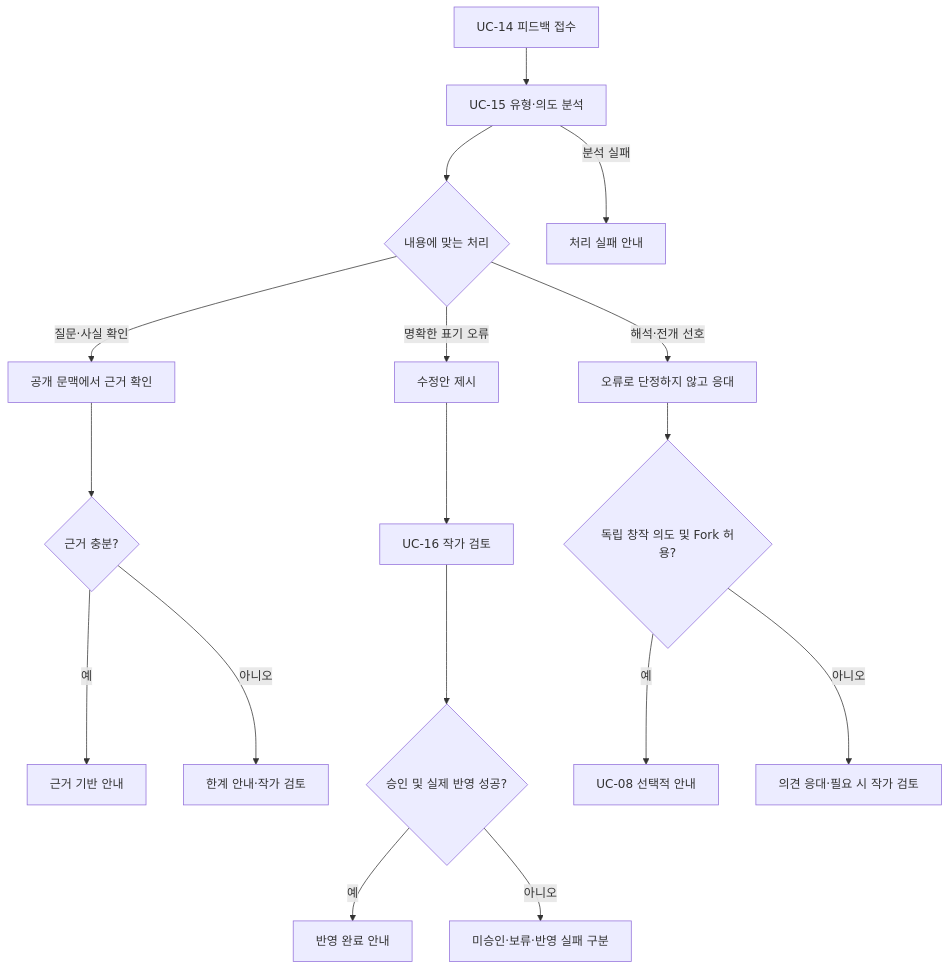
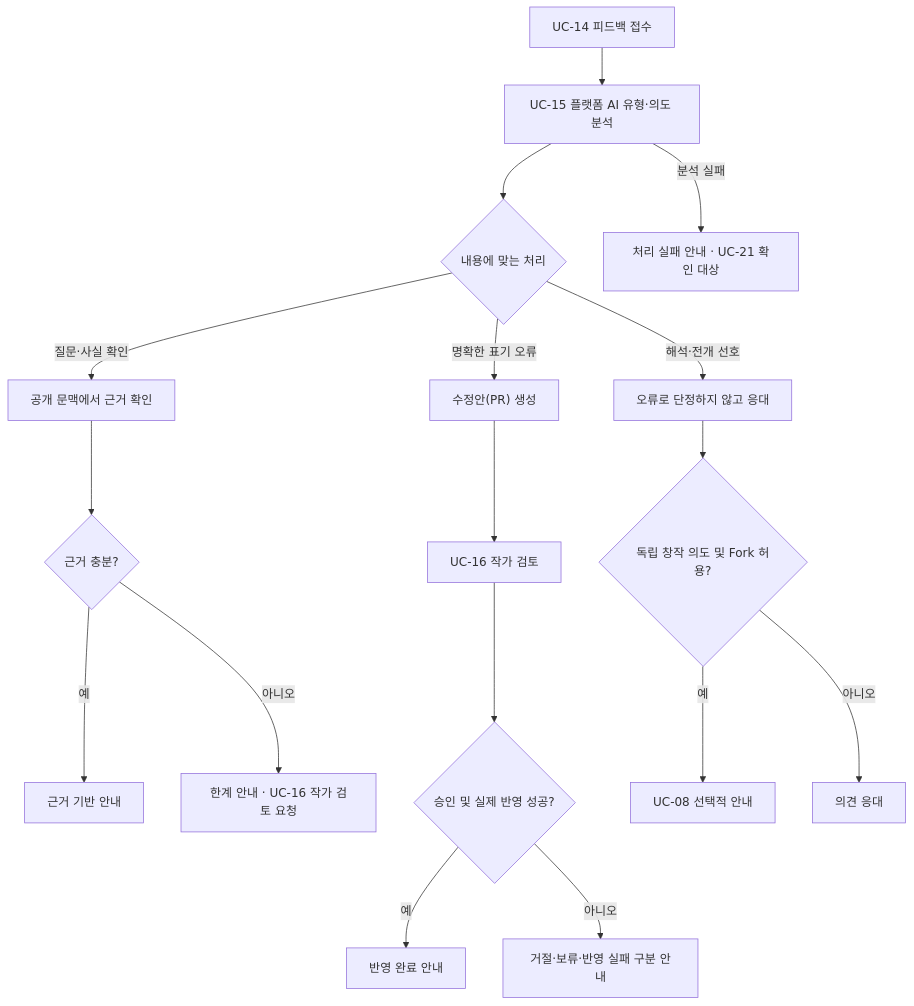
The ninth of 9 diagrams in docs/usecase.md (SKNETWORKS-FAMILY-AICAMP/SKN34-FINAL-4TEAM), drawn with Mermaid before and after one commit. The commit also changed other lines of this file and 1 other file, not shown here.

First line of the commit message:
docs: 유스케이스 다이어그램 보완 및 명세서 작성

````diff
--- a/docs/usecase.md
+++ b/docs/usecase.md
@@ -521,19 +433,19 @@
 ```mermaid
 flowchart TD
-  A["UC-14 피드백 접수"] --> B["UC-15 유형·의도 분석"]
+  A["UC-14 피드백 접수"] --> B["UC-15 플랫폼 AI 유형·의도 분석"]
   B --> C{"내용에 맞는 처리"}
   C -->|"질문·사실 확인"| D["공개 문맥에서 근거 확인"]
   D --> E{"근거 충분?"}
   E -->|"예"| F["근거 기반 안내"]
-  E -->|"아니오"| G["한계 안내·작가 검토"]
-  C -->|"명확한 표기 오류"| H["수정안 제시"]
+  E -->|"아니오"| G["한계 안내 · UC-16 작가 검토 요청"]
+  C -->|"명확한 표기 오류"| H["수정안(PR) 생성"]
   H --> I["UC-16 작가 검토"]
   I --> J{"승인 및 실제 반영 성공?"}
   J -->|"예"| K["반영 완료 안내"]
-  J -->|"아니오"| L["미승인·보류·반영 실패 구분"]
+  J -->|"아니오"| L["거절·보류·반영 실패 구분 안내"]
   C -->|"해석·전개 선호"| M["오류로 단정하지 않고 응대"]
   M --> N{"독립 창작 의도 및 Fork 허용?"}
   N -->|"예"| O["UC-08 선택적 안내"]
-  N -->|"아니오"| P["의견 응대·필요 시 작가 검토"]
-  B -->|"분석 실패"| Q["처리 실패 안내"]
+  N -->|"아니오"| P["의견 응대"]
+  B -->|"분석 실패"| Q["처리 실패 안내 · UC-21 확인 대상"]
 ```
````
